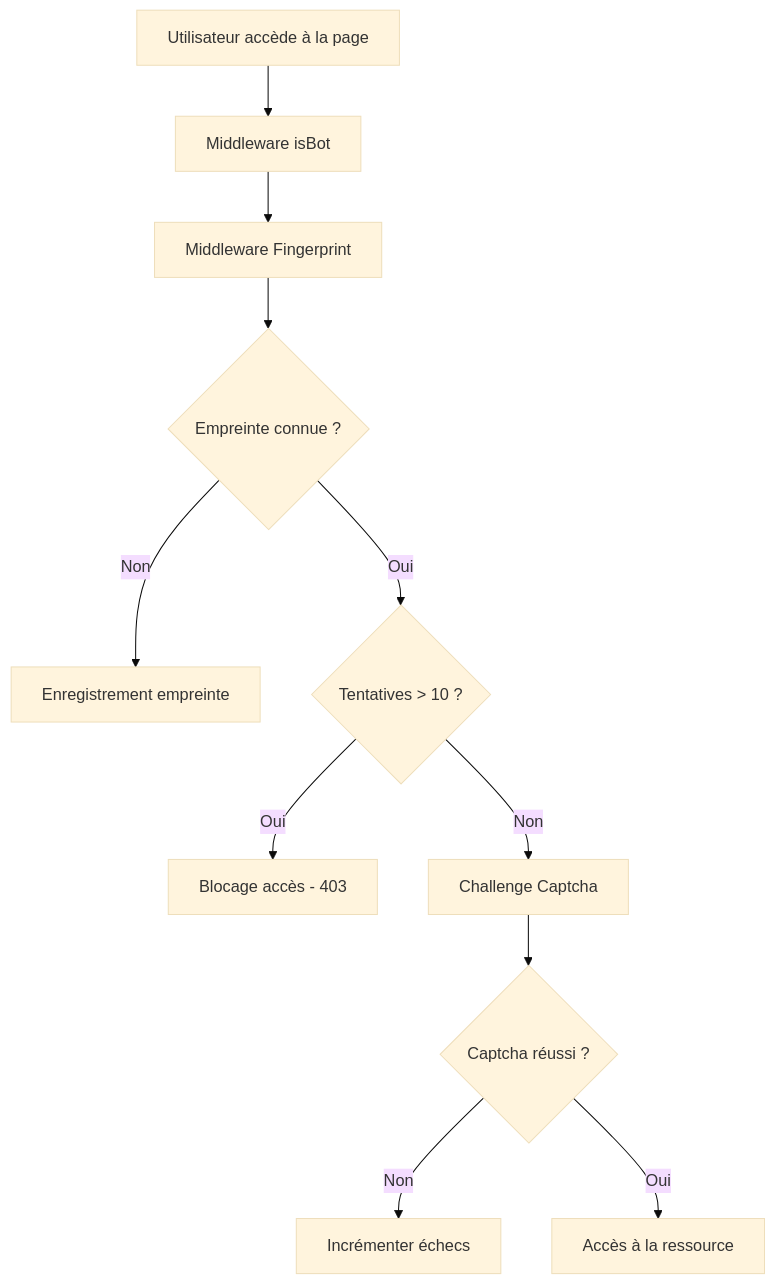
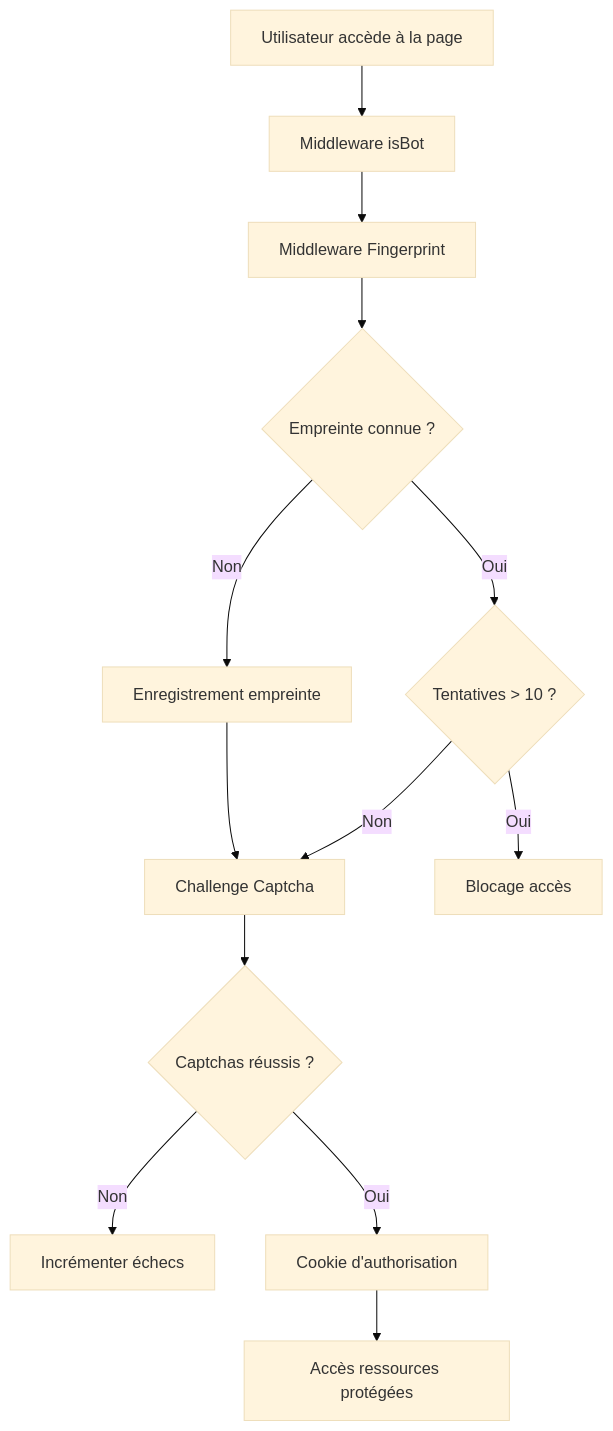
The diagram in frontend/CAPTCHA.md (ndi-tty/frontend-2024), drawn with Mermaid (base theme) before and after one commit. The commit also changed other lines of this file and 22 other files, not shown here.

````diff
--- a/frontend/CAPTCHA.md
+++ b/frontend/CAPTCHA.md
@@ -48,13 +206,16 @@
 ```mermaid
 graph TD
     A[Utilisateur accède à la page] --> B[Middleware isBot]
     B --> C[Middleware Fingerprint]
     C --> D{Empreinte connue ?}
     D -- Non --> E[Enregistrement empreinte]
+    E --> H[Challenge Captcha]
     D -- Oui --> F{Tentatives > 10 ?}
-    F -- Oui --> G[Blocage accès - 403]
+    F -- Oui --> G[Blocage accès ]
     F -- Non --> H[Challenge Captcha]
-    H --> I{Captcha réussi ?}
+    H --> I{Captchas réussis ?}
     I -- Non --> J[Incrémenter échecs]
-    I -- Oui --> K[Accès à la ressource]
+    I -- Oui --> K[Cookie d'authorisation]
+    K --> L[Accès ressources protégées]
+
 ```
````
